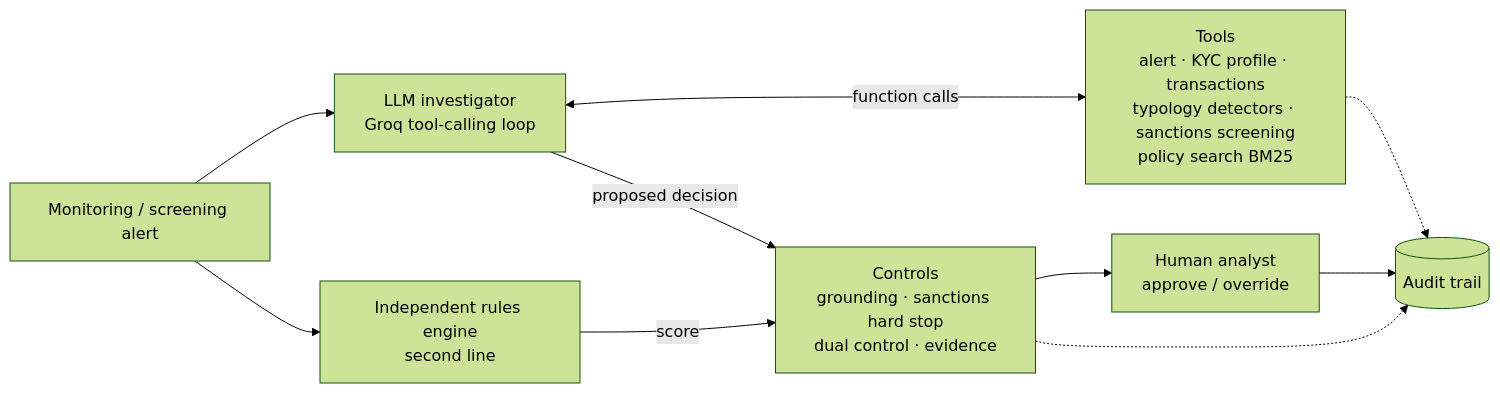
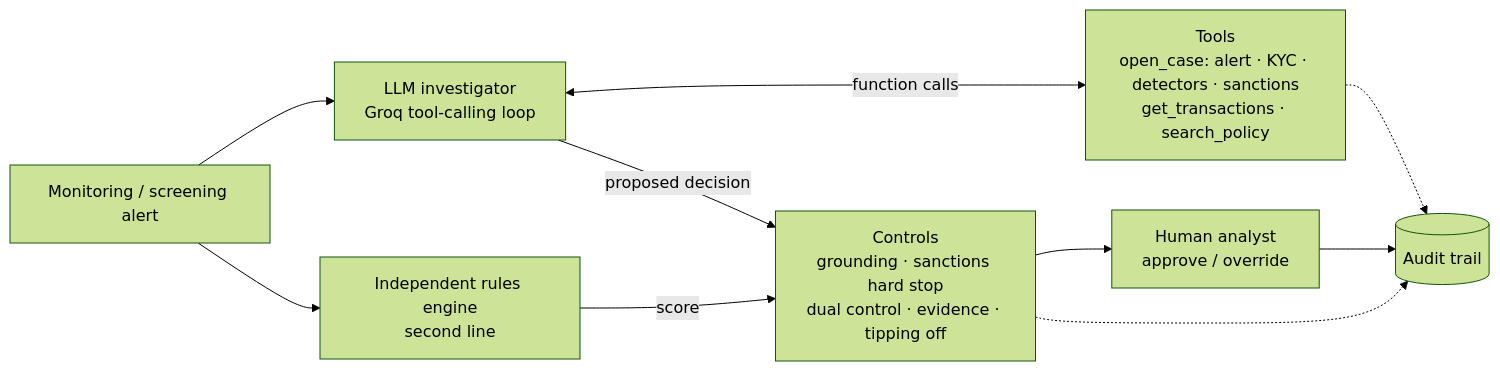
The diagram in README.md (Peerarif5656/aml-triage-agent), drawn with Mermaid (forest theme) before and after one commit. The commit also changed other lines of this file and 10 other files, not shown here.

````diff
--- a/README.md
+++ b/README.md
@@ -44,12 +56,12 @@
 ```mermaid
 flowchart LR
     A[Monitoring / screening alert] --> L[LLM investigator<br/>Groq tool-calling loop]
-    L <-->|function calls| T[Tools<br/>alert · KYC profile · transactions<br/>typology detectors · sanctions screening<br/>policy search BM25]
+    L <-->|function calls| T[Tools<br/>open_case: alert · KYC · detectors · sanctions<br/>get_transactions · search_policy]
     A --> R[Independent rules engine<br/>second line]
-    L -->|proposed decision| C[Controls<br/>grounding · sanctions hard stop<br/>dual control · evidence]
+    L -->|proposed decision| C[Controls<br/>grounding · sanctions hard stop<br/>dual control · evidence · tipping off]
     R -->|score| C
     C --> H[Human analyst<br/>approve / override]
     H --> AU[(Audit trail)]
     T -.-> AU
     C -.-> AU
 ```
````
